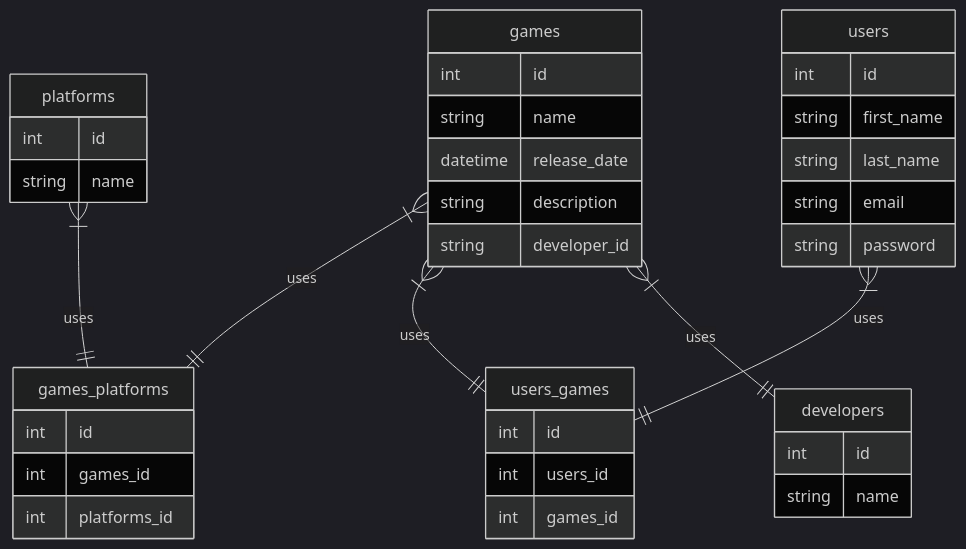
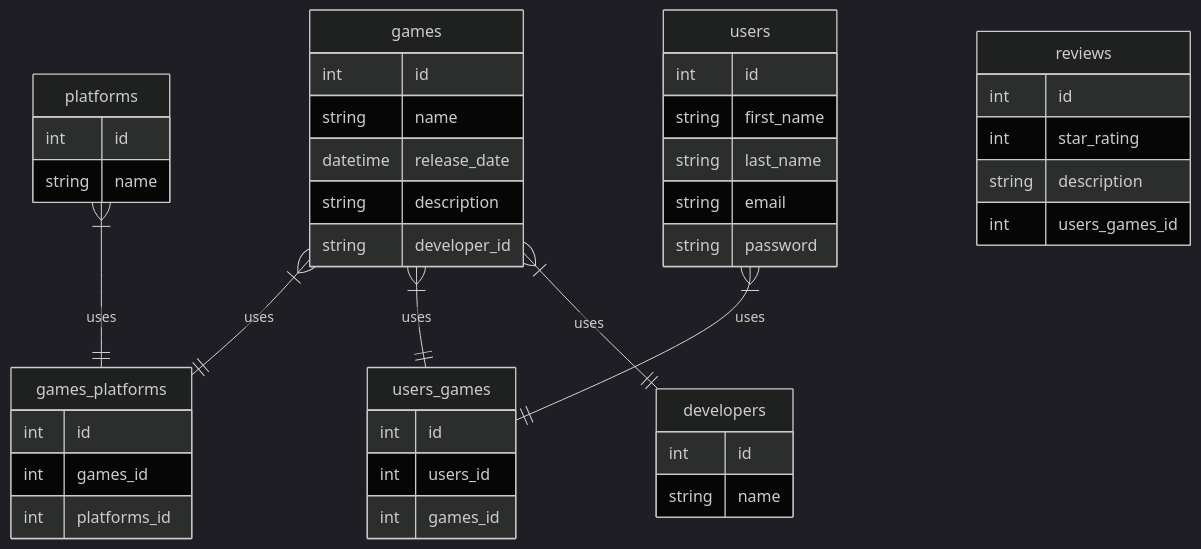
One commit to Haikira/VGLogger changed the second of 2 diagrams in README.md. Above: the diagram before and after it, drawn with Mermaid.

````diff
--- a/README.md
+++ b/README.md
@@ -39,45 +39,51 @@
 ``` mermaid
 %%{init: {'theme': 'dark' } }%%
 
 erDiagram
 
         games {
                 int id
                 string name
                 datetime release_date
                 string description
                 string developer_id
         }
         platforms {
                 int id
                 string name                
         }
         games_platforms {
                 int id
                 int games_id
                 int platforms_id
         }
         users_games {
                 int id
                 int users_id
                 int games_id
         }
         users {
                 int id
                 string first_name
                 string last_name
                 string email
                 string password
         }
         developers {
                 int id
                 string name
         }
+        reviews {
+                int id
+                int star_rating
+                string description
+                int users_games_id
+        }
         
         games }|--|| games_platforms: "uses"
         platforms }|--|| games_platforms: "uses"
         games }|--|| users_games: "uses"
         users }|--|| users_games: "uses"
         games }|--|| developers: "uses"
 
 ```
````
